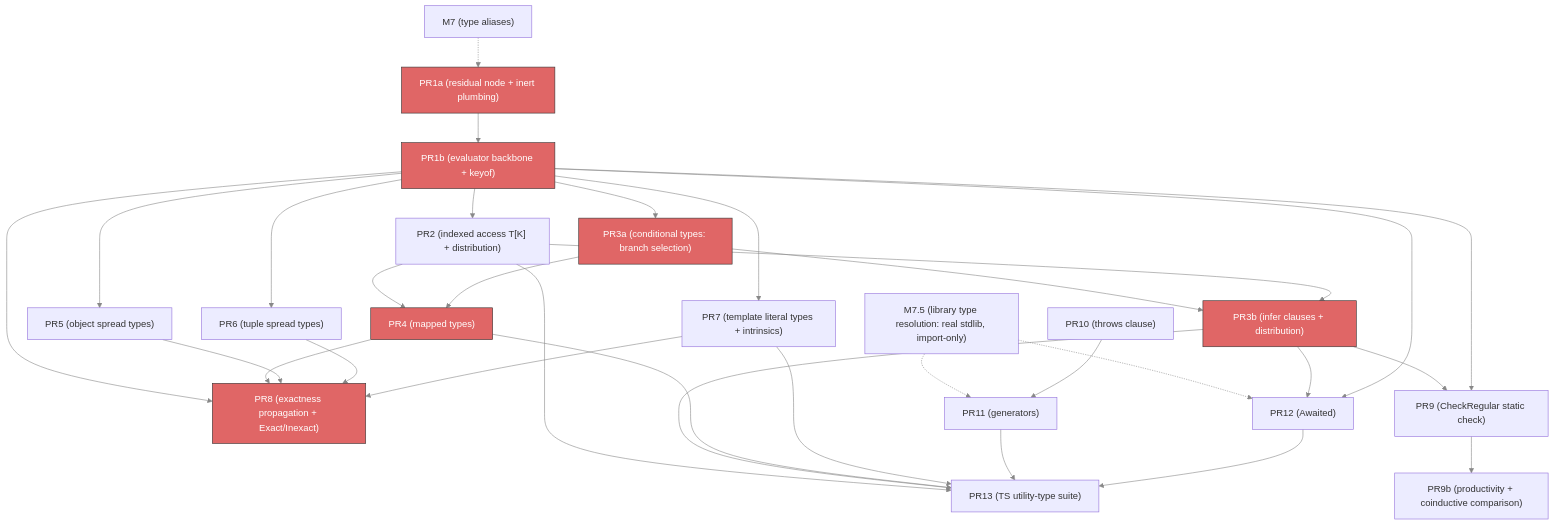
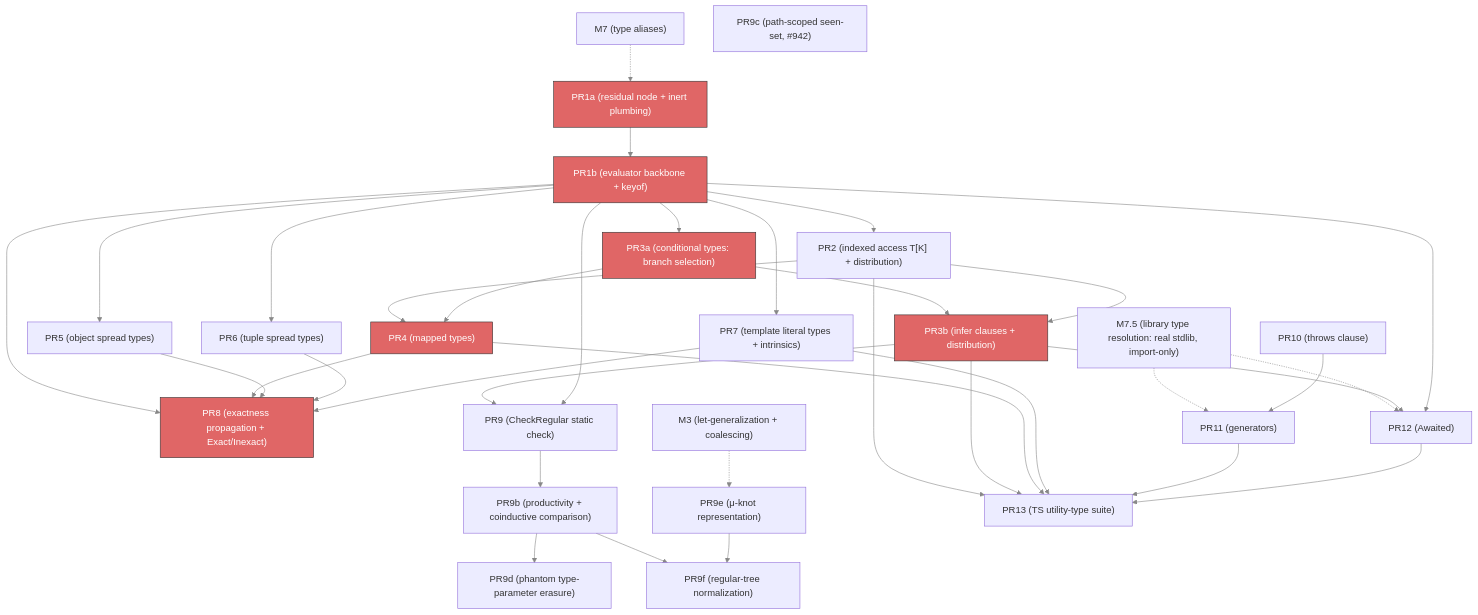
One commit to escalier-lang/escalier changed the diagram in planning/simple_sub/m9-implementation-plan.md. Above: the diagram before and after it, drawn with Mermaid. The commit also changed other lines of this file, not shown here.

````diff
--- a/planning/simple_sub/m9-implementation-plan.md
+++ b/planning/simple_sub/m9-implementation-plan.md
@@ -655,61 +823,70 @@
 ```mermaid
 graph TD
     M7["M7 (type aliases)"]
     M75["M7.5 (library type resolution: real stdlib, import-only)"]
     PR1a["PR1a (residual node + inert plumbing)"]
     PR1b["PR1b (evaluator backbone + keyof)"]
     PR2["PR2 (indexed access T[K] + distribution)"]
     PR3a["PR3a (conditional types: branch selection)"]
     PR3b["PR3b (infer clauses + distribution)"]
     PR4["PR4 (mapped types)"]
     PR5["PR5 (object spread types)"]
     PR6["PR6 (tuple spread types)"]
     PR7["PR7 (template literal types + intrinsics)"]
     PR8["PR8 (exactness propagation + Exact/Inexact)"]
     PR9["PR9 (CheckRegular static check)"]
     PR9b["PR9b (productivity + coinductive comparison)"]
+    PR9c["PR9c (path-scoped seen-set, #942)"]
+    PR9d["PR9d (phantom type-parameter erasure)"]
+    PR9e["PR9e (μ-knot representation)"]
+    PR9f["PR9f (regular-tree normalization)"]
+    M3["M3 (let-generalization + coalescing)"]
     PR10["PR10 (throws clause)"]
     PR11["PR11 (generators)"]
     PR12["PR12 (Awaited<T>)"]
     PR13["PR13 (TS utility-type suite)"]
 
     M7 -.-> PR1a
     M75 -.-> PR11
     M75 -.-> PR12
+    M3 -.-> PR9e
 
     PR1a --> PR1b
     PR1b --> PR2
     PR1b --> PR3a
     PR1b --> PR5
     PR1b --> PR6
     PR1b --> PR7
     PR1b --> PR8
     PR3a --> PR3b
     PR2 --> PR3b
     PR2 --> PR4
     PR2 --> PR13
     PR3a --> PR4
     PR3b --> PR9
     PR1b --> PR9
     PR9 --> PR9b
+    PR9b --> PR9d
+    PR9b --> PR9f
+    PR9e --> PR9f
     PR3b --> PR12
     PR1b --> PR12
     PR3b --> PR13
     PR4 --> PR8
     PR4 --> PR13
     PR5 --> PR8
     PR6 --> PR8
     PR7 --> PR8
     PR7 --> PR13
     PR10 --> PR11
     PR11 --> PR13
     PR12 --> PR13
 
     linkStyle default stroke:#888
     style PR1a fill:#e06666,stroke:#333,color:#fff
     style PR1b fill:#e06666,stroke:#333,color:#fff
     style PR3a fill:#e06666,stroke:#333,color:#fff
     style PR3b fill:#e06666,stroke:#333,color:#fff
     style PR4 fill:#e06666,stroke:#333,color:#fff
     style PR8 fill:#e06666,stroke:#333,color:#fff
 ```
````
